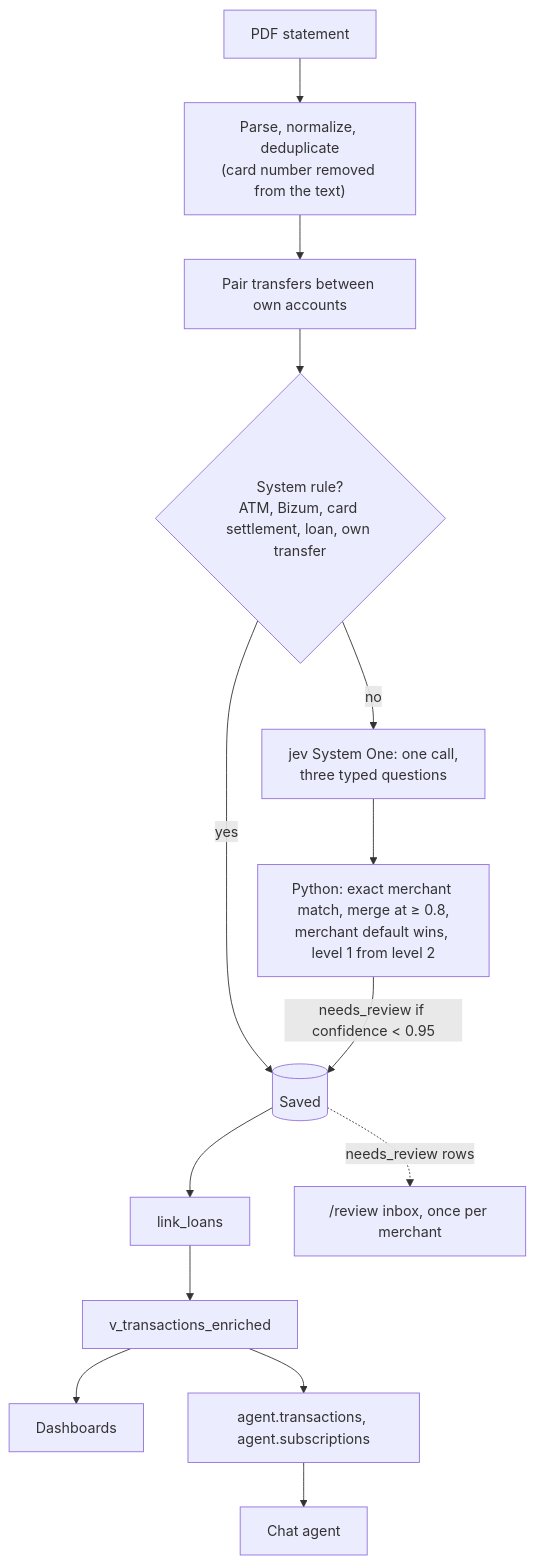
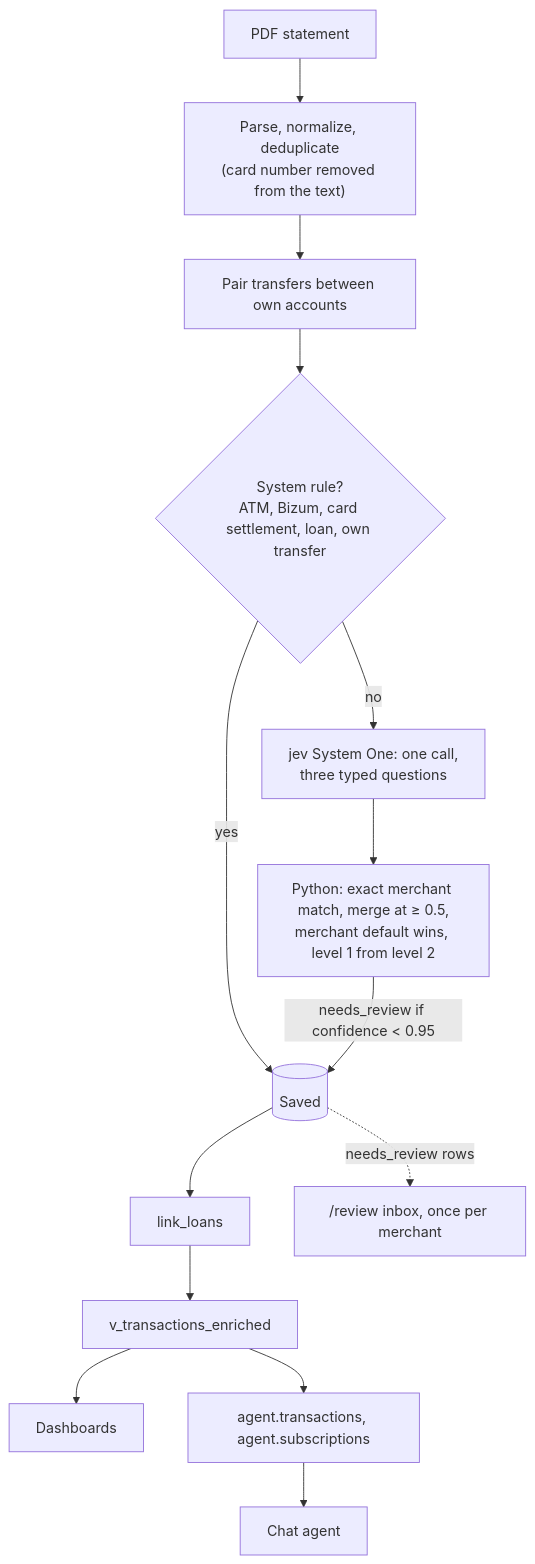
One commit to raulvazquez7/personal-finance-agent changed the diagram in docs/architecture.md. Above: the diagram before and after it, drawn with Mermaid. The commit also changed other lines of this file and 8 other files, not shown here.

````diff
--- a/docs/architecture.md
+++ b/docs/architecture.md
@@ -8,15 +8,15 @@
 ```mermaid
 flowchart TD
     A[PDF statement] --> B["Parse, normalize, deduplicate<br/>(card number removed from the text)"]
     B --> C[Pair transfers between own accounts]
     C --> D{System rule?<br/>ATM, Bizum, card settlement, loan, own transfer}
     D -->|yes| H[(Saved)]
     D -->|no| E["jev System One: one call,<br/>three typed questions"]
-    E --> F["Python: exact merchant match, merge at ≥ 0.8,<br/>merchant default wins, level 1 from level 2"]
+    E --> F["Python: exact merchant match, merge at ≥ 0.5,<br/>merchant default wins, level 1 from level 2"]
     F -->|"needs_review if confidence < 0.95"| H
     H --> L[link_loans]
     H -.->|needs_review rows| G["/review inbox, once per merchant"]
     L --> V[v_transactions_enriched]
     V --> W[Dashboards]
     V --> X["agent.transactions, agent.subscriptions"] --> Y[Chat agent]
 ```
````
